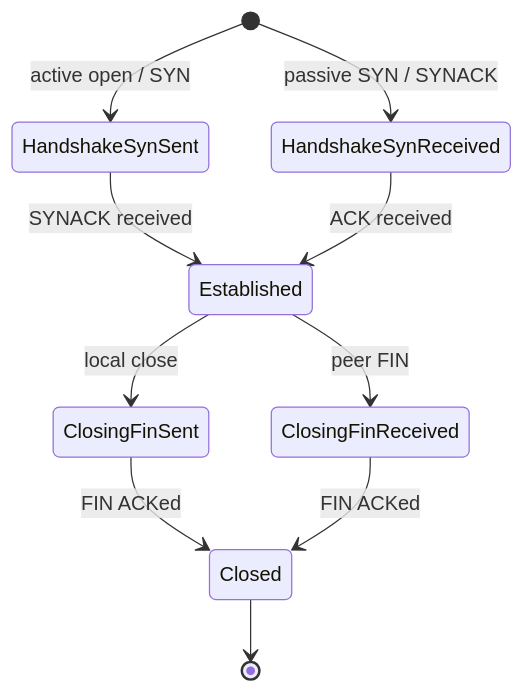
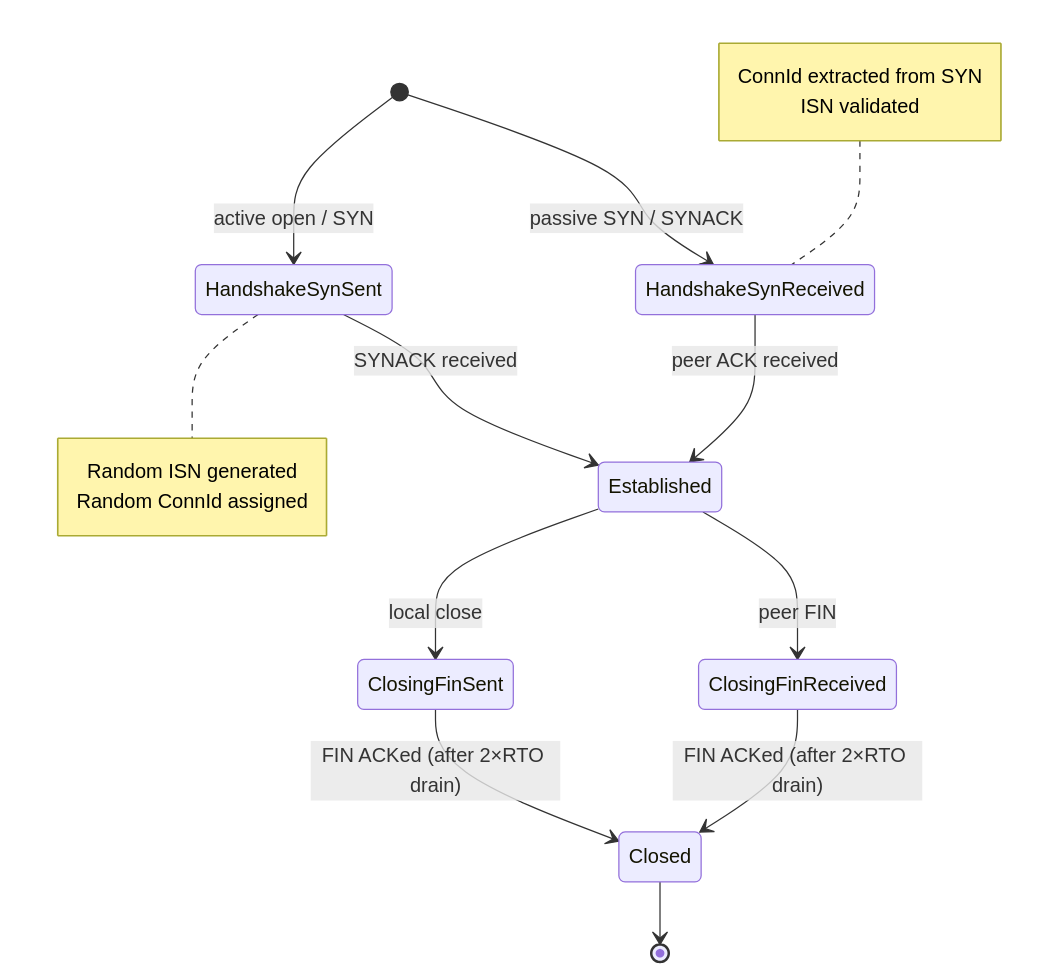
One commit to liulilittle/ucp changed the fourth of 7 diagrams in docs/protocol.md. Above: the diagram before and after it, drawn with Mermaid. The commit also changed other lines of this file and 17 other files, not shown here.

````diff
--- a/docs/protocol.md
+++ b/docs/protocol.md
@@ -69,12 +157,19 @@
 ```mermaid
 stateDiagram-v2
     [*] --> HandshakeSynSent: active open / SYN
     [*] --> HandshakeSynReceived: passive SYN / SYNACK
+
     HandshakeSynSent --> Established: SYNACK received
-    HandshakeSynReceived --> Established: ACK received
+    HandshakeSynReceived --> Established: peer ACK received
+
     Established --> ClosingFinSent: local close
     Established --> ClosingFinReceived: peer FIN
-    ClosingFinSent --> Closed: FIN ACKed
-    ClosingFinReceived --> Closed: FIN ACKed
+
+    ClosingFinSent --> Closed: FIN ACKed (after 2×RTO drain)
+    ClosingFinReceived --> Closed: FIN ACKed (after 2×RTO drain)
+
     Closed --> [*]
+
+    note right of HandshakeSynSent: Random ISN generated<br/>Random ConnId assigned
+    note left of HandshakeSynReceived: ConnId extracted from SYN<br/>ISN validated
 ```
````
